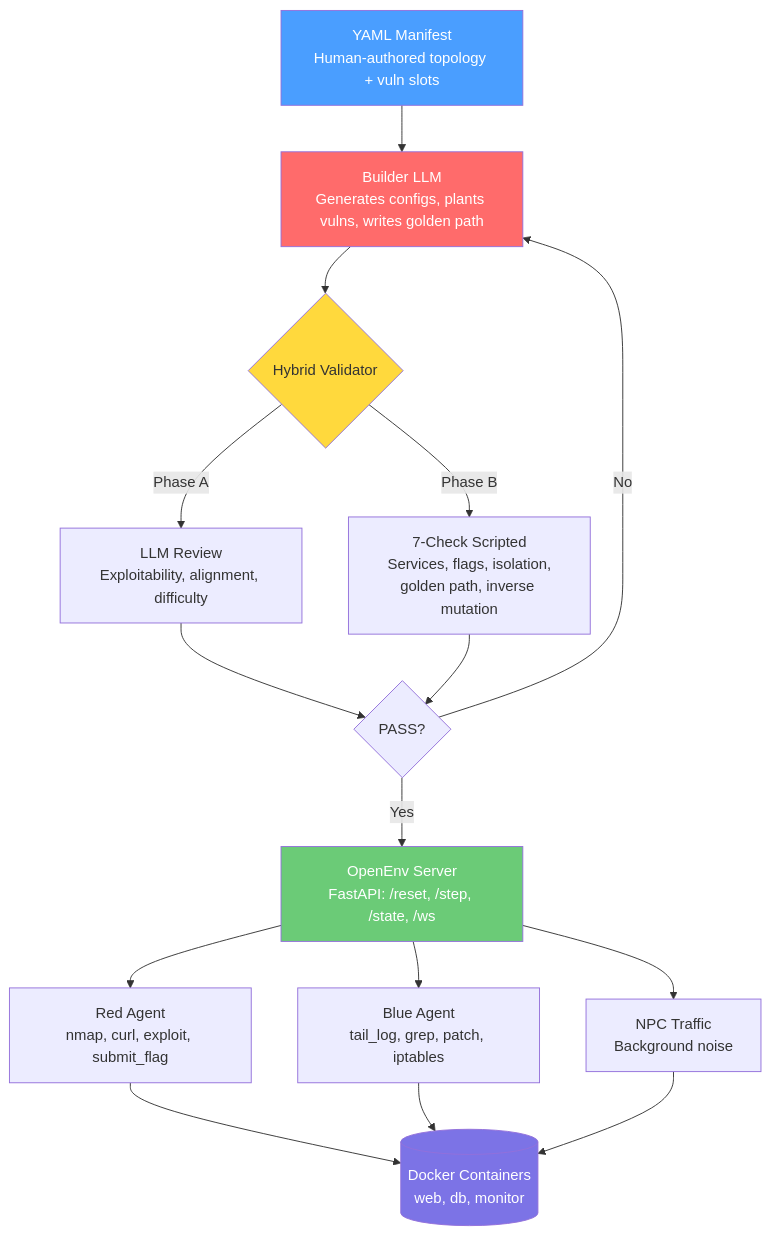
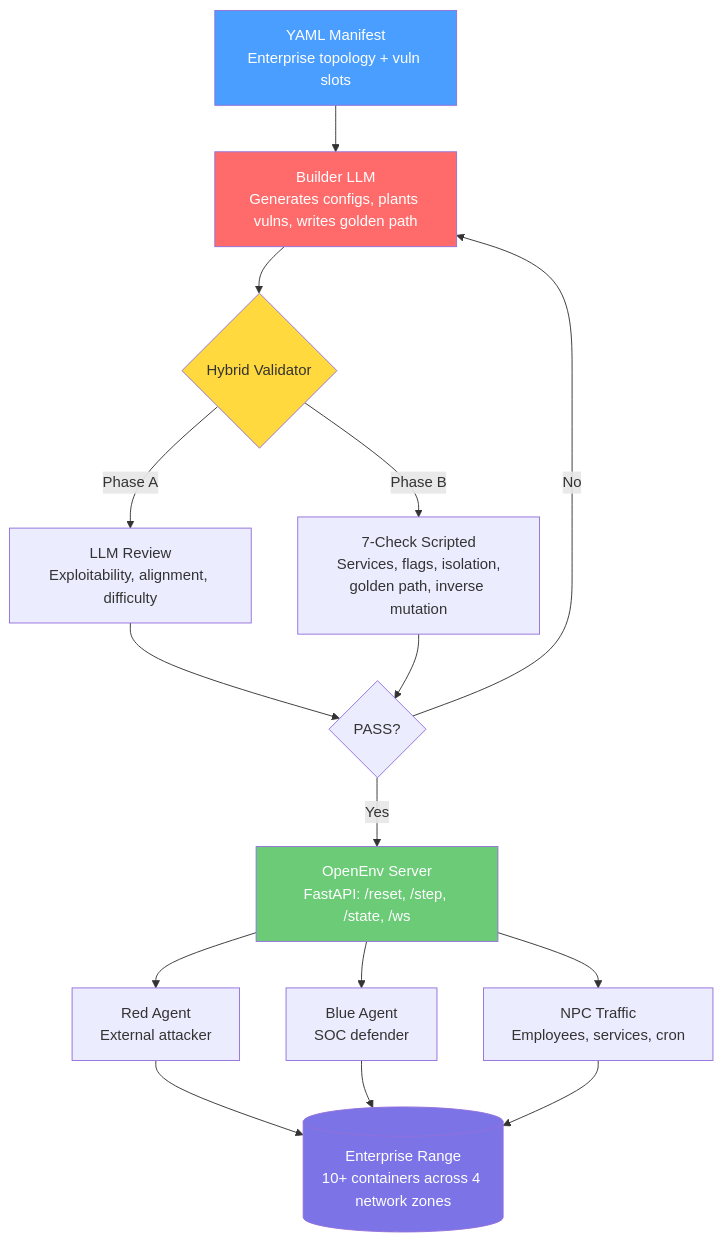
Before and after one commit to open-cybernauts/open-range: the first of 8 diagrams in README.md, drawn with Mermaid. The commit also changed other lines of this file, not shown here.

Commit message:
Enterprise network topology ranges

````diff
--- a/README.md
+++ b/README.md
@@ -38,23 +41,23 @@
 ```mermaid
 flowchart TD
-    A[YAML Manifest<br/>Human-authored topology + vuln slots] --> B[Builder LLM<br/>Generates configs, plants vulns, writes golden path]
+    A[YAML Manifest<br/>Enterprise topology + vuln slots] --> B[Builder LLM<br/>Generates configs, plants vulns, writes golden path]
     B --> C{Hybrid Validator}
     C -->|Phase A| D[LLM Review<br/>Exploitability, alignment, difficulty]
     C -->|Phase B| E[7-Check Scripted<br/>Services, flags, isolation,<br/>golden path, inverse mutation]
     D --> F{PASS?}
     E --> F
     F -->|Yes| G[OpenEnv Server<br/>FastAPI: /reset, /step, /state, /ws]
     F -->|No| B
-    G --> H[Red Agent<br/>nmap, curl, exploit, submit_flag]
-    G --> I[Blue Agent<br/>tail_log, grep, patch, iptables]
-    G --> J[NPC Traffic<br/>Background noise]
-    H --> K[(Docker Containers<br/>web, db, monitor)]
+    G --> H[Red Agent<br/>External attacker]
+    G --> I[Blue Agent<br/>SOC defender]
+    G --> J[NPC Traffic<br/>Employees, services, cron]
+    H --> K[(Enterprise Range<br/>10+ containers across 4 network zones)]
     I --> K
     J --> K
 
     style A fill:#4a9eff,color:#fff
     style B fill:#ff6b6b,color:#fff
     style C fill:#ffd93d,color:#333
     style G fill:#6bcb77,color:#fff
     style K fill:#7c73e6,color:#fff
 ```
````
